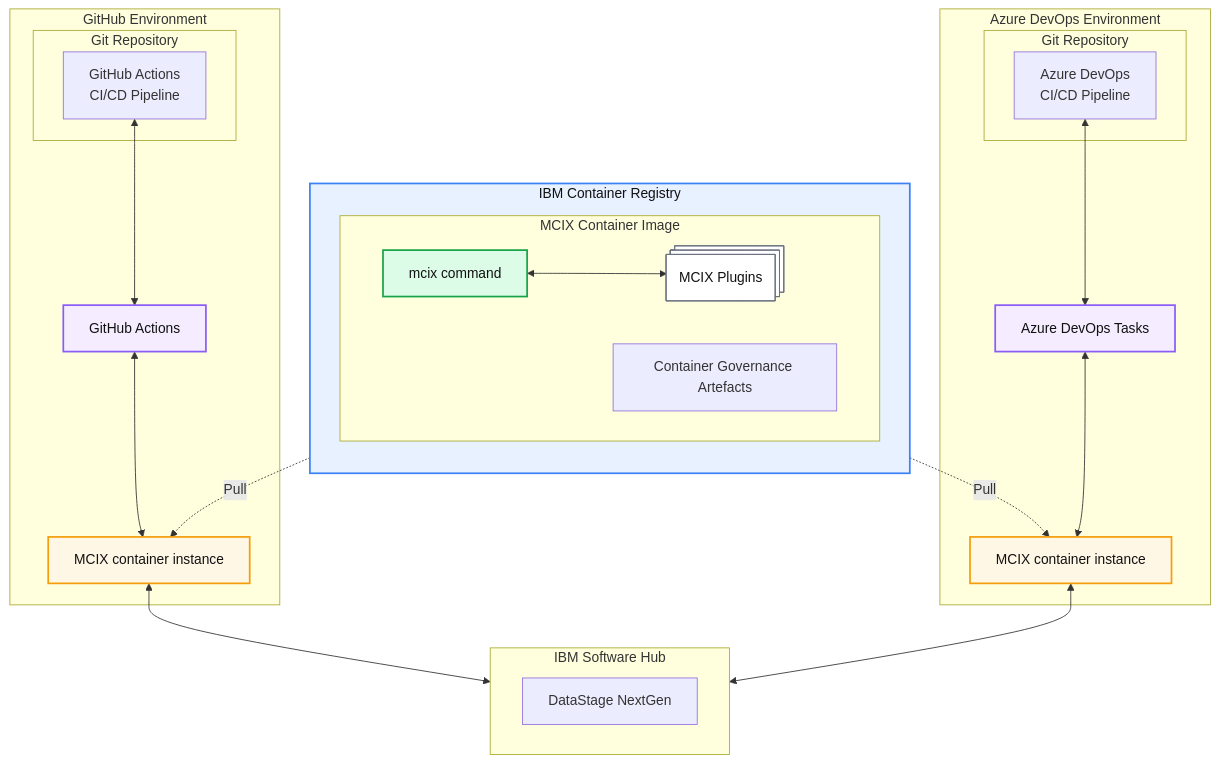
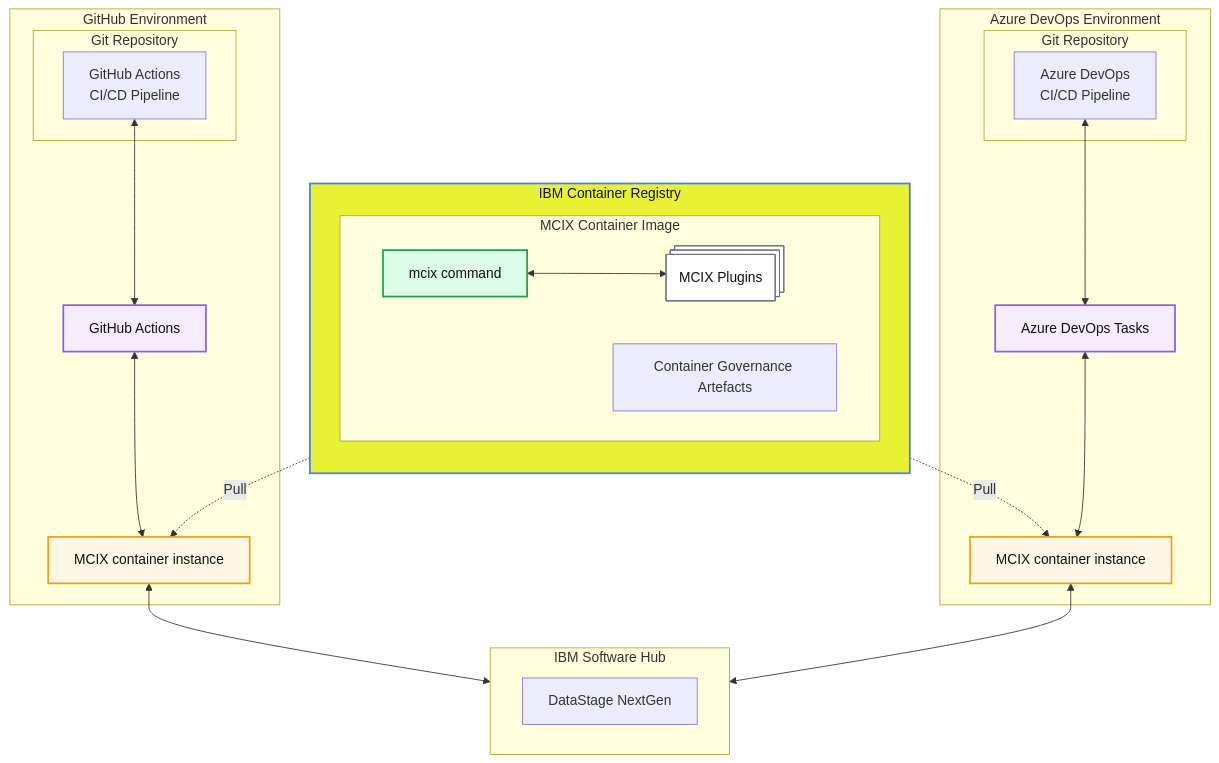
The diagram in ARCHITECTURE.md (MettleCI/mcix), drawn with Mermaid before and after one commit.

````diff
--- a/ARCHITECTURE.md
+++ b/ARCHITECTURE.md
@@ -1,83 +1,83 @@
 ```mermaid
   flowchart TD
 
   %% =========================
   %% Styles
   %% =========================
-  classDef registry fill:#e8f1ff,stroke:#3b82f6,stroke-width:2px,color:#111;
+  classDef registry fill:#e8f133,stroke:#3b82f6,stroke-width:2px,color:#111;
   classDef image fill:#eefbf3,stroke:#22c55e,stroke-width:2px,color:#111;
   classDef runtime fill:#fff7e6,stroke:#f59e0b,stroke-width:2px,color:#111;
   classDef tooling fill:#f5ecff,stroke:#8b5cf6,stroke-width:2px,color:#111;
   classDef plugin fill:#ffffff,stroke:#6b7280,stroke-width:1px,color:#111;
   classDef command fill:#dcfce7,stroke:#16a34a,stroke-width:2px,color:#111;
 
   %% =========================
   %% GitHub environment
   %% =========================
   subgraph GH["GitHub Environment"]
       subgraph GHREPO["Git Repository"]
         GHPIPE["GitHub Actions<br/>CI/CD Pipeline"]
       end
       GHCONT["MCIX container instance"]
       GHA["GitHub Actions"]
   end
   class GHA tooling
   class GHCONT runtime
 
   %% GH Tooling references 
   GHPIPE <--> GHA
   GHA <--> GHCONT
 
   %% =========================
   %% Registry
   %% =========================
   subgraph REG["IBM Container Registry"]
       direction TB
 
       %% Image internals
       subgraph IMG["MCIX Container Image"]
           MCIX["mcix command"]
           PLUGINS@{ shape: procs, label: "MCIX Plugins"}
           GOV["Container Governance Artefacts"]
       end
       class MCIX command
       class PLUGINS plugin
       class IMG image
 
   end
   class REG registry
 
   MCIX <--> PLUGINS
 
   subgraph CPD["IBM Software Hub"]
     DATASTAGE["DataStage NextGen"]
   end
 
   %% =========================
   %% Azure DevOps environment
   %% =========================
   subgraph ADO["Azure DevOps Environment"]
       subgraph ADOREPO["Git Repository"]
         ADOPIPE["Azure DevOps<br/>CI/CD Pipeline"]
       end
       ADOT["Azure DevOps Tasks"]
       ADOCONT["MCIX container instance"]
   end
   class ADOT tooling
   class ADOCONT runtime
 
   %% =========================
   %% Distribution from registry
   %% =========================
   IMG -. Pull .-> GHCONT
   IMG -. Pull .-> ADOCONT
 
   %% ADO Tooling references 
   ADOPIPE <--> ADOT
   ADOT <--> ADOCONT
 
   %% Action/Task links to CPD
   GHCONT <--> CPD
   ADOCONT <--> CPD
 
 ```
````
